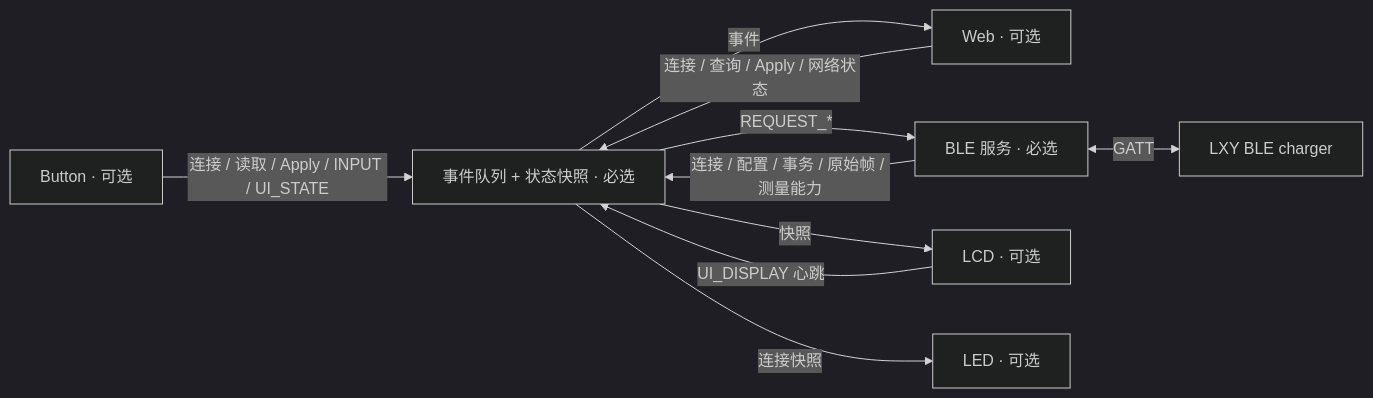
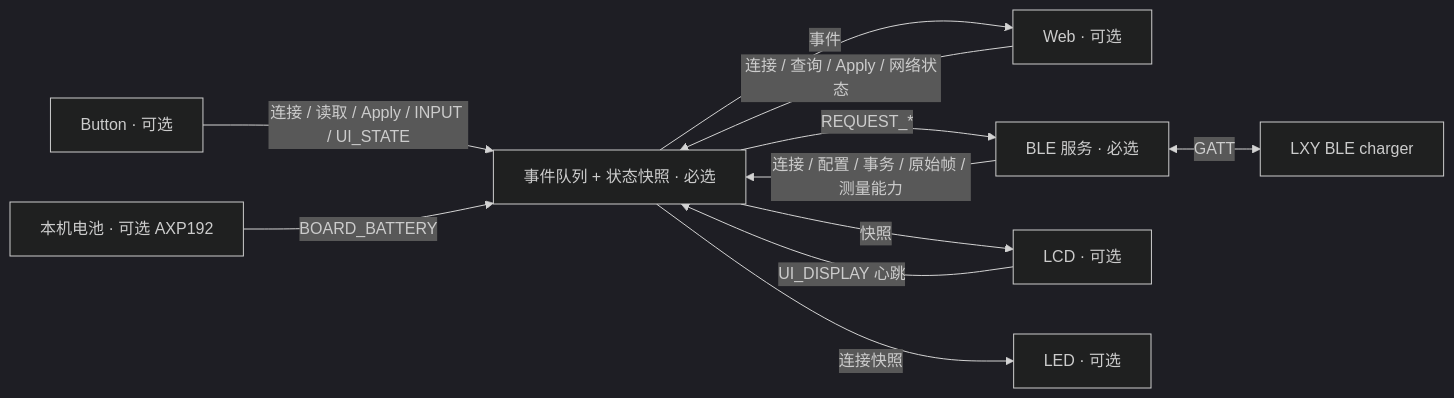
The diagram in docs/architecture.md (chinawrj/esphome-lxy-charger), drawn with Mermaid (dark theme) before and after one commit. The commit also changed other lines of this file and 26 other files, not shown here.

````diff
--- a/docs/architecture.md
+++ b/docs/architecture.md
@@ -5,12 +5,13 @@
 ```mermaid
 flowchart LR
     Button["Button · 可选"] -->|连接 / 读取 / Apply / INPUT / UI_STATE| Bus["事件队列 + 状态快照 · 必选"]
     Web["Web · 可选"] -->|连接 / 查询 / Apply / 网络状态| Bus
+    Battery["本机电池 · 可选 AXP192"] -->|BOARD_BATTERY| Bus
     Bus -->|REQUEST_*| BLE["BLE 服务 · 必选"]
     BLE -->|连接 / 配置 / 事务 / 原始帧 / 测量能力| Bus
     BLE <-->|GATT| Charger["LXY BLE charger"]
     Bus -->|事件| Web
     Bus -->|快照| LCD["LCD · 可选"]
     LCD -->|UI_DISPLAY 心跳| Bus
     Bus -->|连接快照| LED["LED · 可选"]
 ```
````
